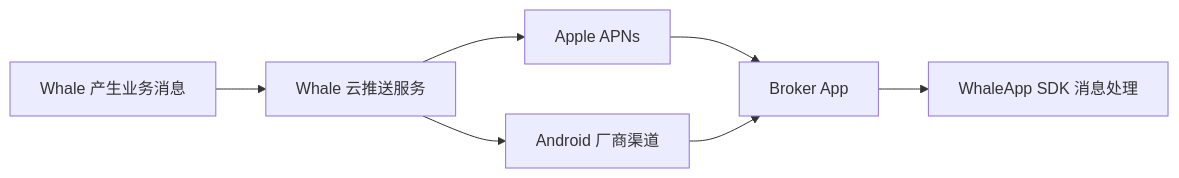
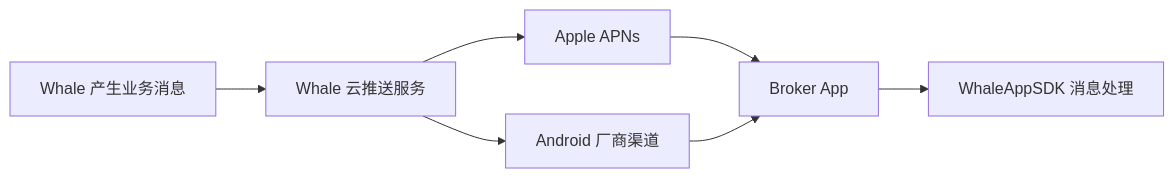
Before and after one commit to longbridge/whale-docs: the first of 2 diagrams in docs/zh-CN/docs/message-push-options.mdx, drawn with Mermaid. The commit also changed other lines of this file and 120 other files, not shown here.

````diff
--- a/docs/zh-CN/docs/message-push-options.mdx
+++ b/docs/zh-CN/docs/message-push-options.mdx
@@ -18,9 +18,9 @@
 ```mermaid
 flowchart LR
   A[Whale 产生业务消息] --> B[Whale 云推送服务]
   B --> C[Apple APNs]
   B --> D[Android 厂商渠道]
   C --> E[Broker App]
   D --> E
-  E --> F[WhaleApp SDK 消息处理]
+  E --> F[WhaleAppSDK 消息处理]
 ```
````
